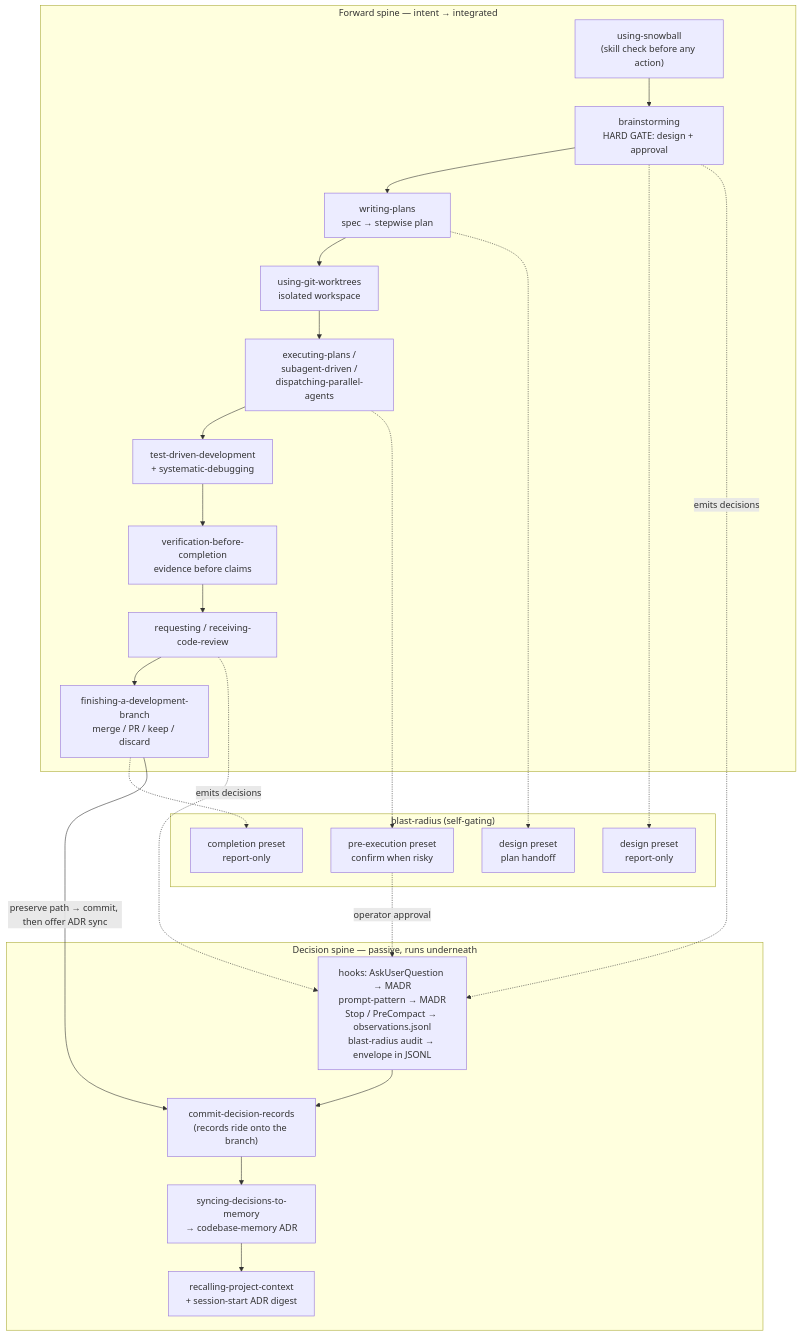
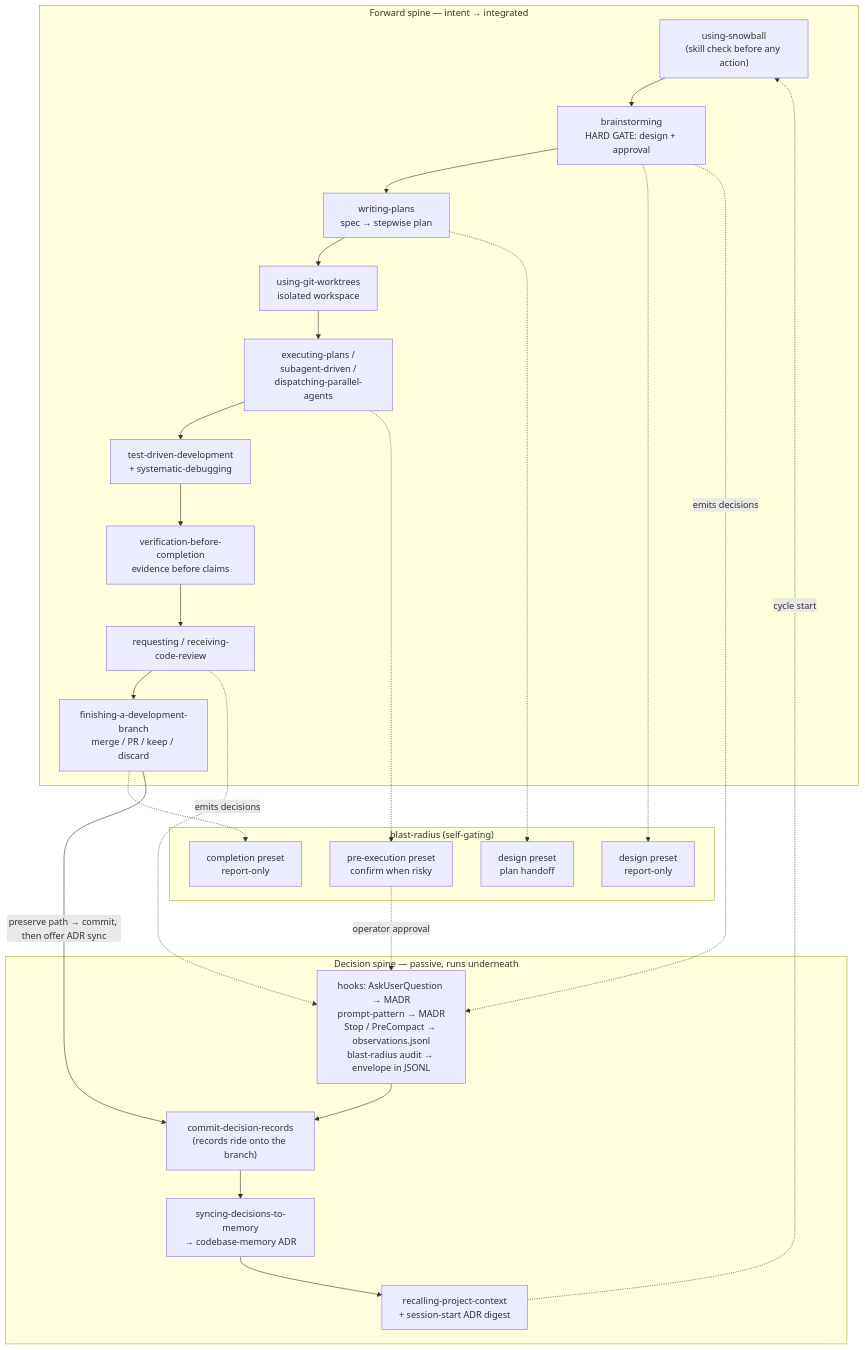
Before and after one commit to kellenff/snowball: the diagram in docs/design/snowball-process.md, drawn with Mermaid. The commit also changed other lines of this file and 4 other files, not shown here.

Commit message:
docs: make cycle-start recall explicit in skills and process doc

````diff
--- a/docs/design/snowball-process.md
+++ b/docs/design/snowball-process.md
@@ -30,38 +30,39 @@
 ```mermaid
 flowchart TD
     subgraph FWD["Forward spine — intent → integrated"]
         A["using-snowball<br/>(skill check before any action)"] --> B["brainstorming<br/>HARD GATE: design + approval"]
         B --> C["writing-plans<br/>spec → stepwise plan"]
         C --> D["using-git-worktrees<br/>isolated workspace"]
         D --> E["executing-plans /<br/>subagent-driven /<br/>dispatching-parallel-agents"]
         E --> F["test-driven-development<br/>+ systematic-debugging"]
         F --> G["verification-before-completion<br/>evidence before claims"]
         G --> H["requesting / receiving-code-review"]
         H --> I["finishing-a-development-branch<br/>merge / PR / keep / discard"]
     end
 
     subgraph BR["blast-radius (self-gating)"]
         BR1["design preset<br/>report-only"]
         BR2["design preset<br/>plan handoff"]
         BR3["pre-execution preset<br/>confirm when risky"]
         BR4["completion preset<br/>report-only"]
     end
 
     subgraph DEC["Decision spine — passive, runs underneath"]
         H1["hooks: AskUserQuestion → MADR<br/>prompt-pattern → MADR<br/>Stop / PreCompact → observations.jsonl<br/>blast-radius audit → envelope in JSONL"]
         H2["commit-decision-records<br/>(records ride onto the branch)"]
         H3["syncing-decisions-to-memory<br/>→ codebase-memory ADR"]
         H4["recalling-project-context<br/>+ session-start ADR digest"]
         H1 --> H2 --> H3 --> H4
     end
 
     B -.-> BR1
     C -.-> BR2
     E -.-> BR3
     I -.-> BR4
     BR3 -.->|operator approval| H1
 
     B -.emits decisions.-> H1
     H -.emits decisions.-> H1
     I -->|"preserve path → commit, then offer ADR sync"| H2
+    H4 -.->|cycle start| A
 ```
````
